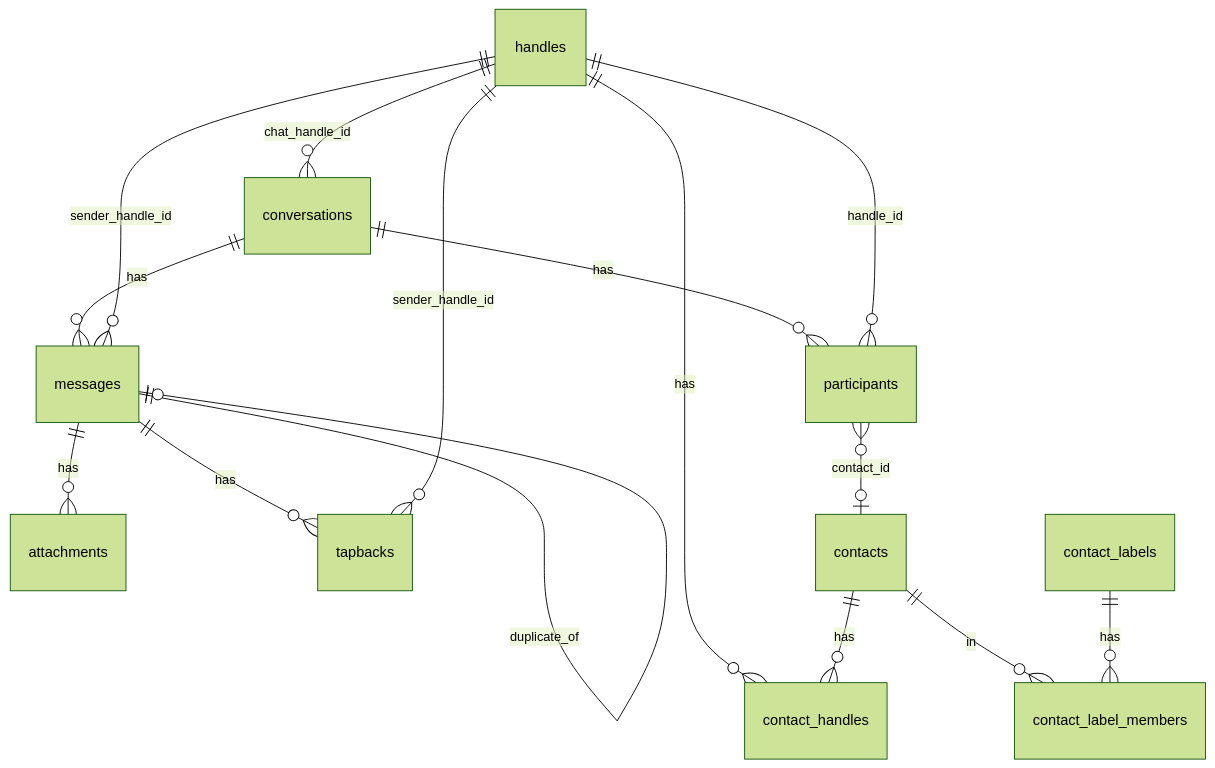
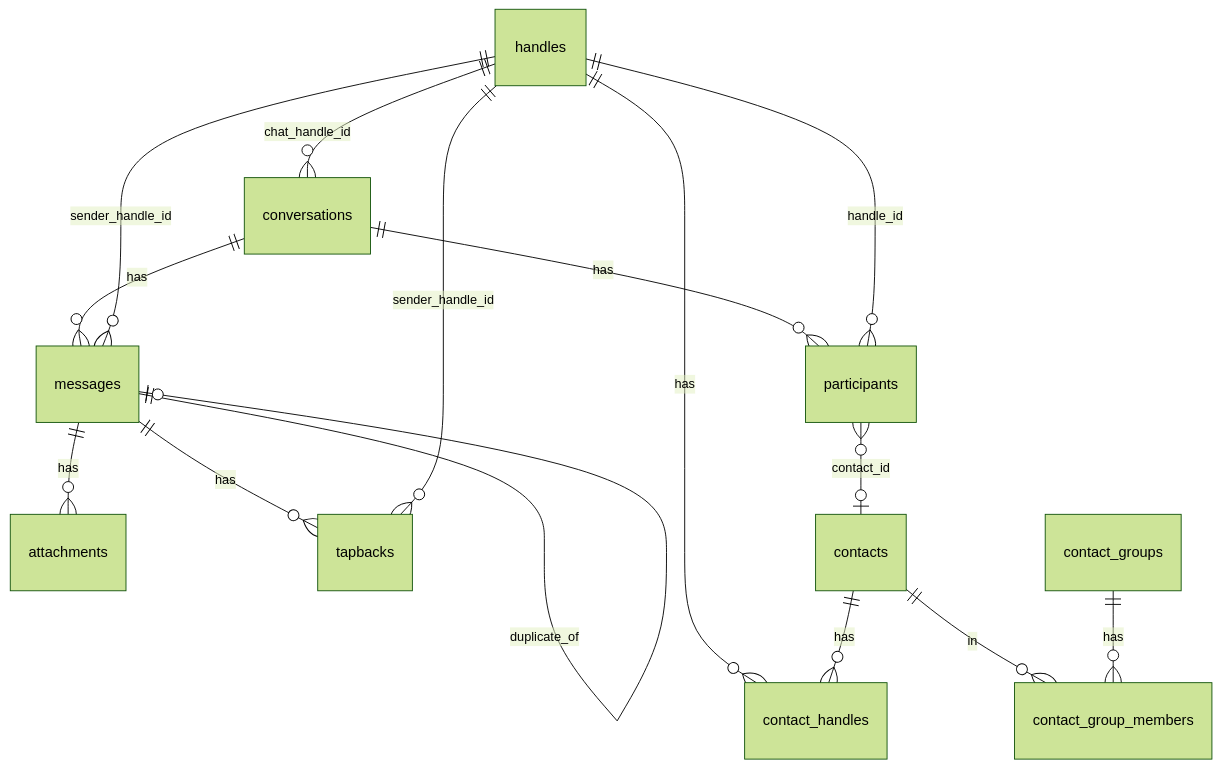
One commit to bitrealm-dev/message-vault changed the first of 2 diagrams in docs/src/content/docs/reference/database.md. Above: the diagram before and after it, drawn with Mermaid (forest theme). The commit also changed other lines of this file and 44 other files, not shown here.

First line of the commit message:
feat(contacts): add groups in the GUI and API

````diff
--- a/docs/src/content/docs/reference/database.md
+++ b/docs/src/content/docs/reference/database.md
@@ -19,17 +19,17 @@
 ```mermaid
 erDiagram
     conversations ||--o{ participants : "has"
     conversations ||--o{ messages : "has"
     messages ||--o{ attachments : "has"
     messages ||--o{ tapbacks : "has"
     messages ||--o| messages : "duplicate_of"
     handles ||--o{ conversations : "chat_handle_id"
     handles ||--o{ participants : "handle_id"
     handles ||--o{ messages : "sender_handle_id"
     handles ||--o{ tapbacks : "sender_handle_id"
     handles ||--o{ contact_handles : "has"
     contacts ||--o{ contact_handles : "has"
-    contacts ||--o{ contact_label_members : "in"
-    contact_labels ||--o{ contact_label_members : "has"
+    contacts ||--o{ contact_group_members : "in"
+    contact_groups ||--o{ contact_group_members : "has"
     participants }o--o| contacts : "contact_id"
 ```
````
